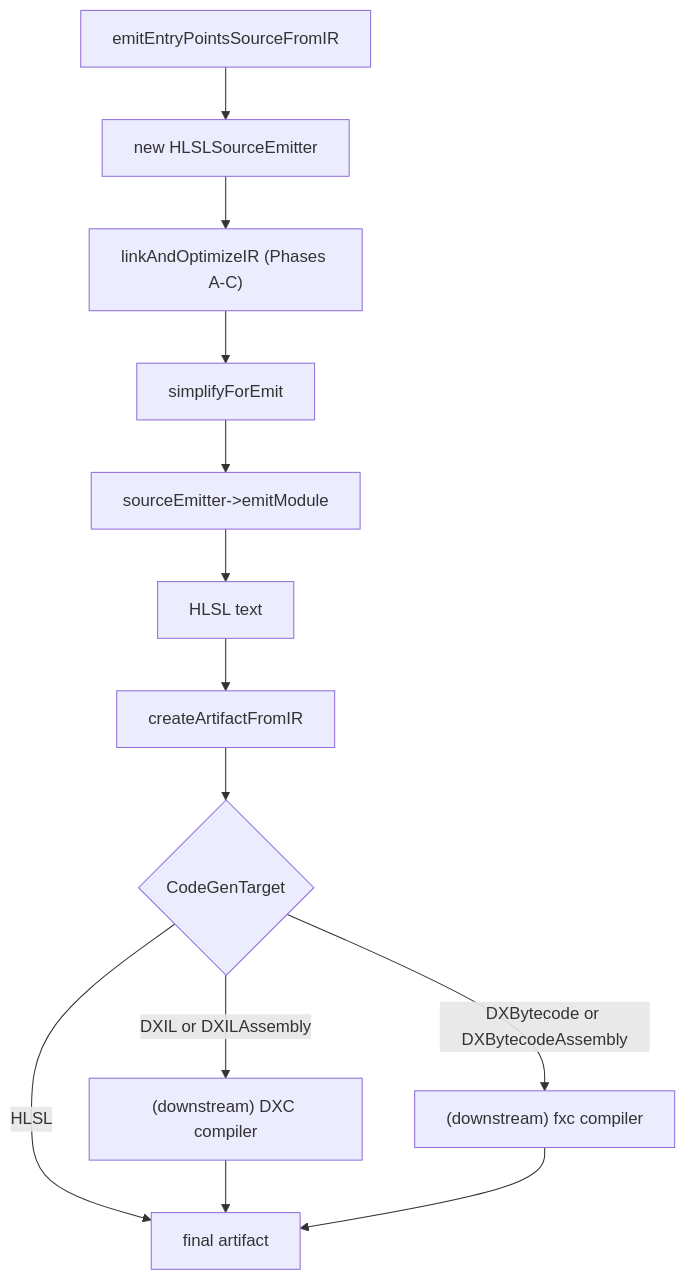
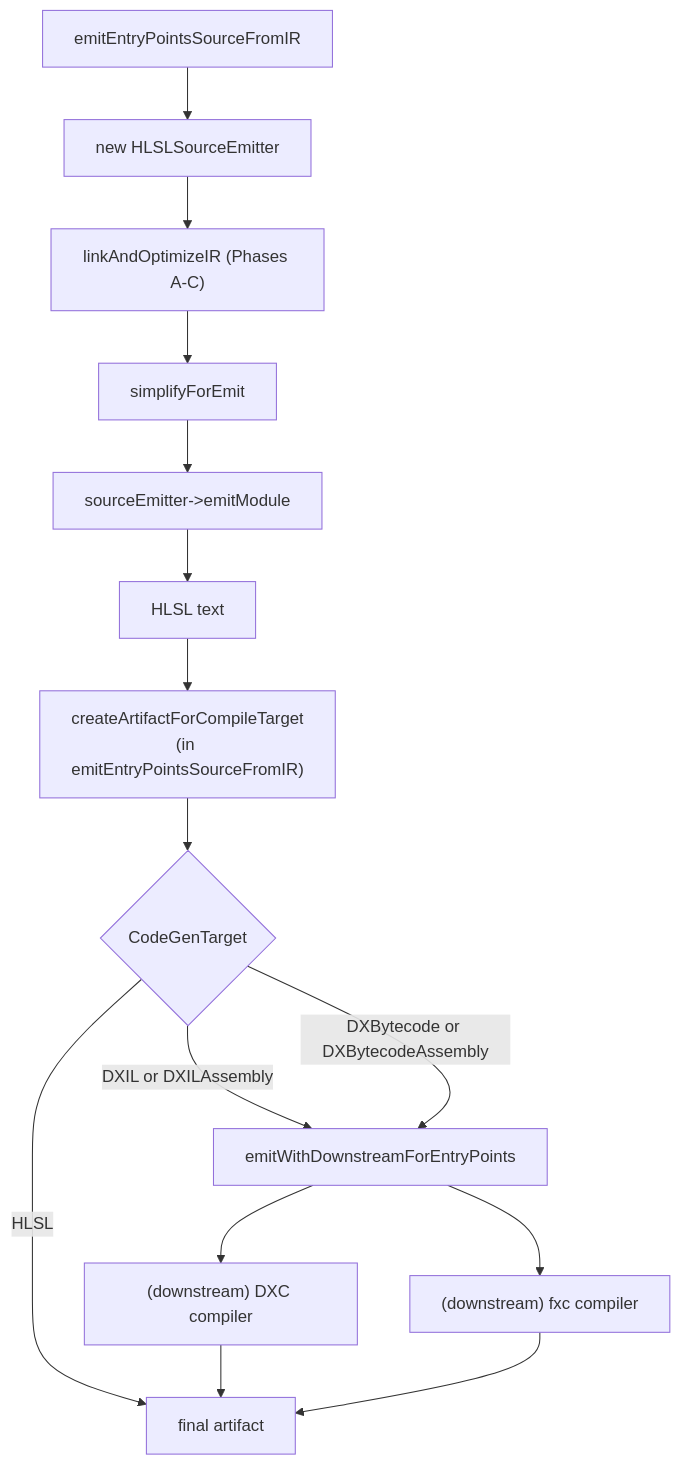
One commit to shader-slang/slang changed the fifth of 5 diagrams in docs/generated/design/target-pipelines/hlsl.md. Above: the diagram before and after it, drawn with Mermaid. The commit also changed other lines of this file and 143 other files, not shown here.

````diff
--- a/docs/generated/design/target-pipelines/hlsl.md
+++ b/docs/generated/design/target-pipelines/hlsl.md
@@ -468,19 +484,20 @@
 ```mermaid
 flowchart TD
   ent[emitEntryPointsSourceFromIR]
   newEmit[new HLSLSourceEmitter]
   linkOpt2["linkAndOptimizeIR (Phases A-C)"]
   simpForEmit[simplifyForEmit]
   emitModule[sourceEmitter->emitModule]
   textOut[HLSL text]
-  artifact[createArtifactFromIR]
+  artifact["createArtifactForCompileTarget<br/>(in emitEntryPointsSourceFromIR)"]
   selectTarget{CodeGenTarget}
+  downstream["emitWithDownstreamForEntryPoints"]
   dxc["(downstream) DXC compiler"]
   fxc["(downstream) fxc compiler"]
   done[final artifact]
 
   ent --> newEmit --> linkOpt2 --> simpForEmit --> emitModule --> textOut --> artifact --> selectTarget
   selectTarget -->|HLSL| done
-  selectTarget -->|"DXIL or DXILAssembly"| dxc --> done
-  selectTarget -->|"DXBytecode or DXBytecodeAssembly"| fxc --> done
+  selectTarget -->|"DXIL or DXILAssembly"| downstream --> dxc --> done
+  selectTarget -->|"DXBytecode or DXBytecodeAssembly"| downstream --> fxc --> done
 ```
````
